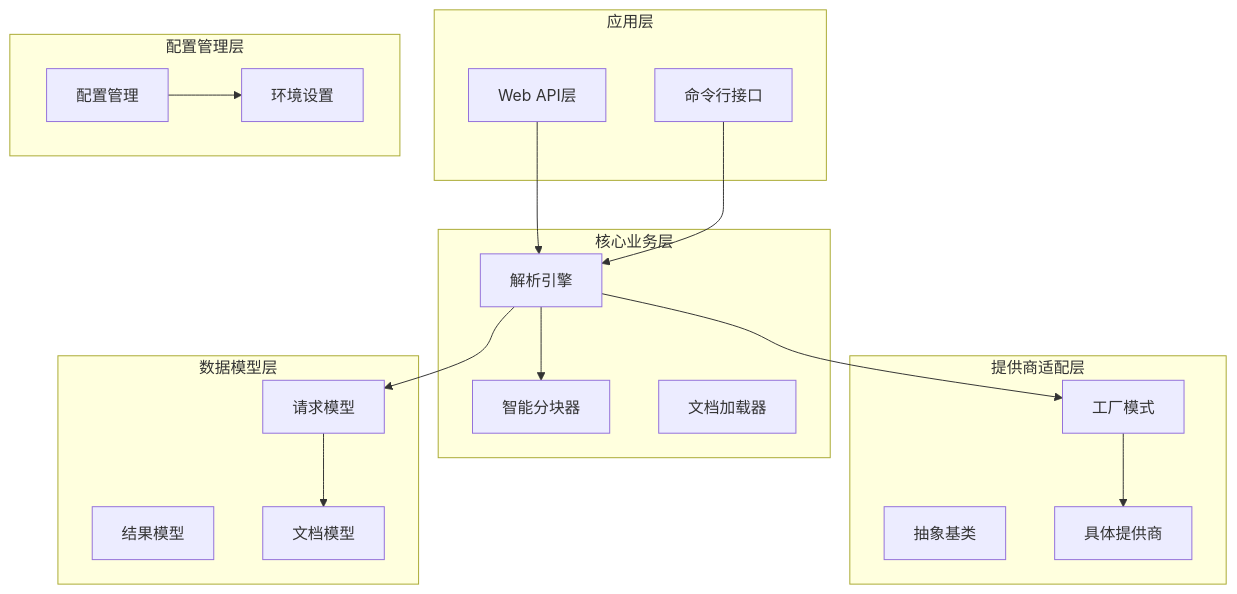
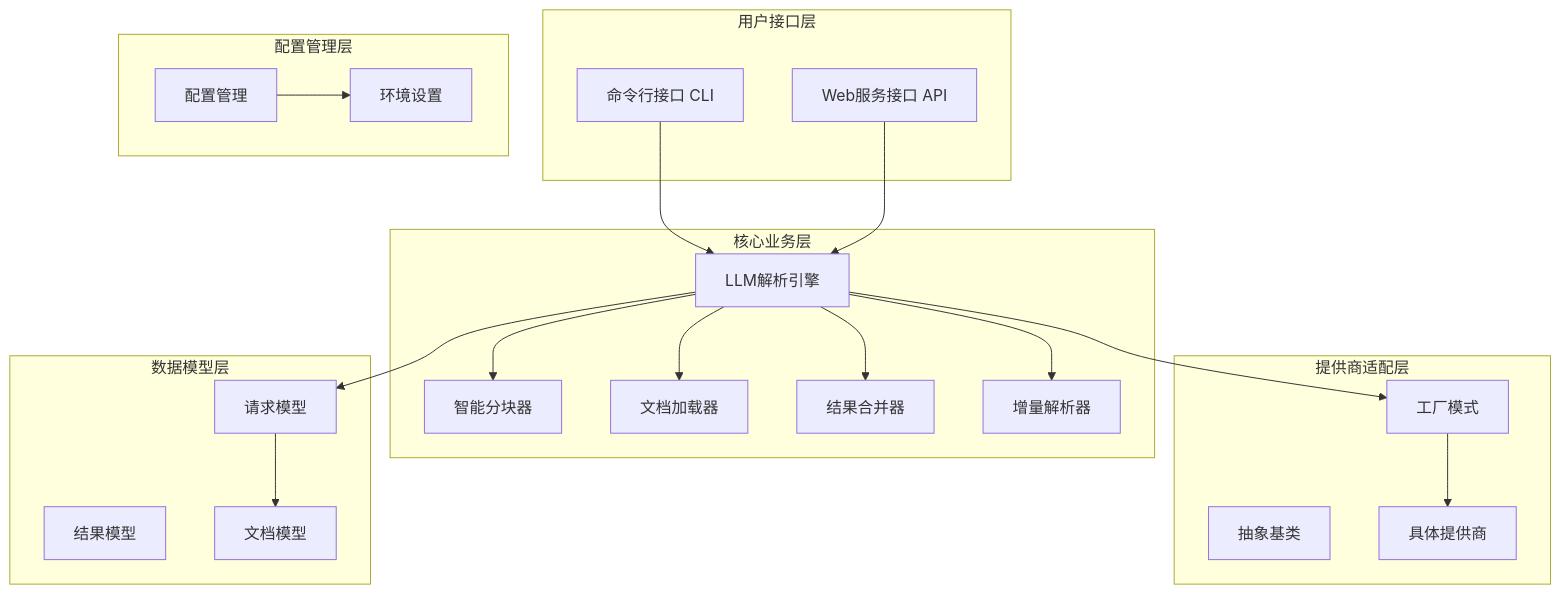
Before and after one commit to wowzhangji/doc_ai_parser: the first of 8 diagrams in .qoder/repowiki/zh/content/架构设计/组件交互.md, drawn with Mermaid. The commit also changed other lines of this file and 25 other files, not shown here.

````diff
--- a/.qoder/repowiki/zh/content/架构设计/组件交互.md
+++ b/.qoder/repowiki/zh/content/架构设计/组件交互.md
@@ -41,34 +54,39 @@
 ```mermaid
 graph TB
-subgraph "应用层"
-API[Web API层]
-CLI[命令行接口]
+subgraph "用户接口层"
+CLI[命令行接口 CLI]
+WebAPI[Web服务接口 API]
 end
 subgraph "核心业务层"
-Parser[解析引擎]
+Parser[LLM解析引擎]
 Chunker[智能分块器]
 Loader[文档加载器]
+Merger[结果合并器]
+Incremental[增量解析器]
 end
 subgraph "提供商适配层"
 Factory[工厂模式]
 Base[抽象基类]
 Providers[具体提供商]
 end
 subgraph "数据模型层"
 Models[请求模型]
 Results[结果模型]
 Documents[文档模型]
 end
 subgraph "配置管理层"
 Config[配置管理]
 Settings[环境设置]
 end
-API --> Parser
 CLI --> Parser
+WebAPI --> Parser
 Parser --> Chunker
+Parser --> Loader
 Parser --> Factory
 Factory --> Providers
+Parser --> Merger
+Parser --> Incremental
 Parser --> Models
 Models --> Documents
 Config --> Settings
 ```
````
